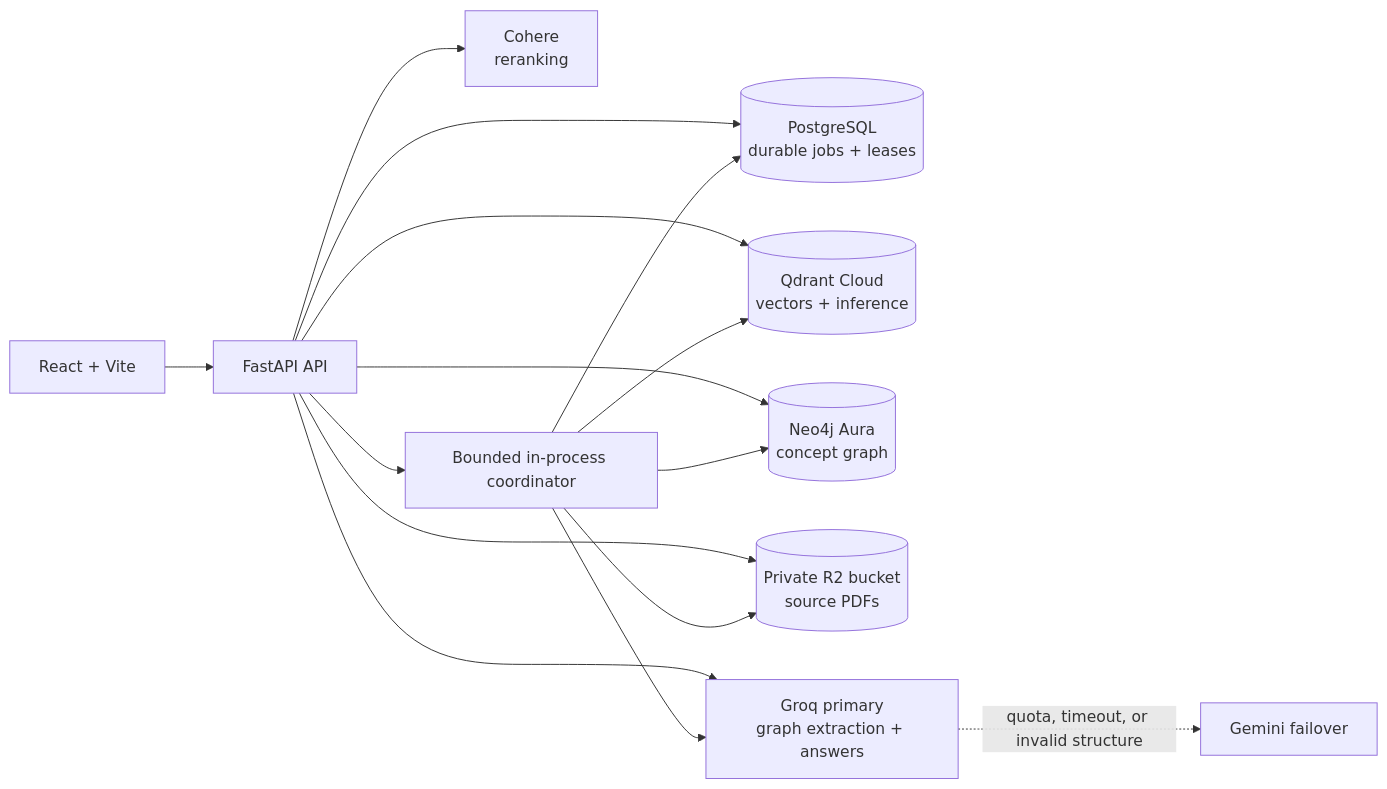
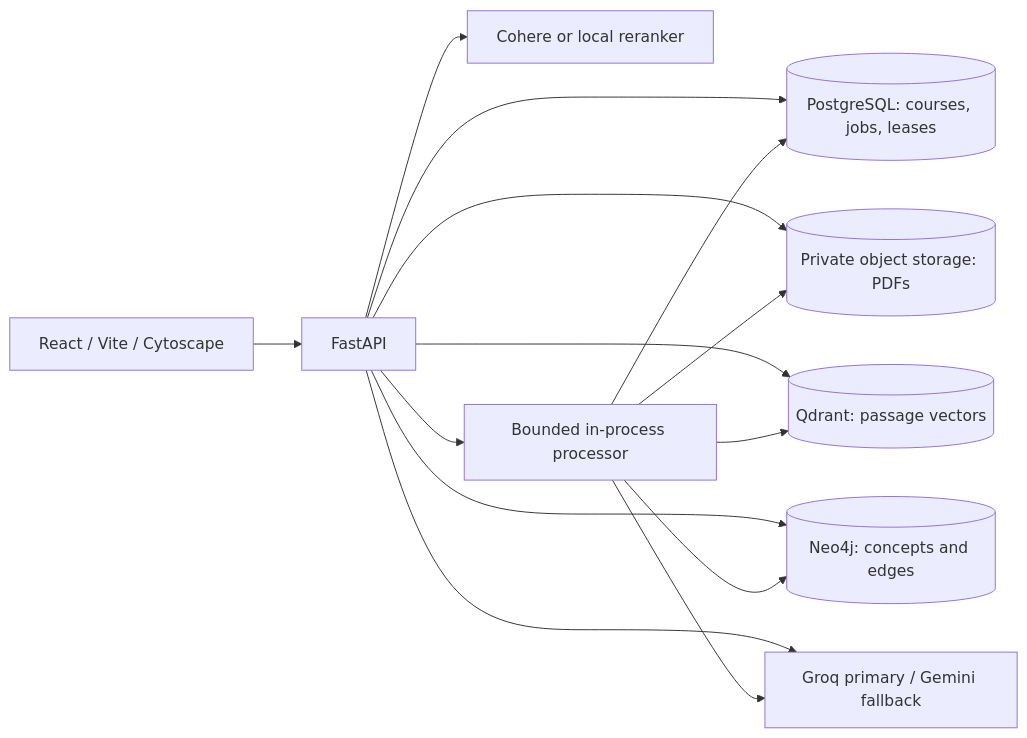
One commit to Ninjax26/conceptgraph-portfolio changed the diagram in README.md. Above: the diagram before and after it, drawn with Mermaid. The commit also changed other lines of this file, not shown here.

````diff
--- a/README.md
+++ b/README.md
@@ -51,17 +29,16 @@
-```mermaid
+~~~mermaid
 flowchart LR
-  UI[React + Vite] --> API[FastAPI API]
-  API --> PG[(PostgreSQL\ndurable jobs + leases)]
-  API --> Q[(Qdrant Cloud\nvectors + inference)]
-  API --> N[(Neo4j Aura\nconcept graph)]
-  API --> R2[(Private R2 bucket\nsource PDFs)]
-  API --> LLM[Groq primary\ngraph extraction + answers]
-  LLM -. quota, timeout, or invalid structure .-> CB[Gemini failover]
-  API --> RR[Cohere\nreranking]
-  API --> C[Bounded in-process coordinator]
-  C --> PG
-  C --> R2
-  C --> Q
-  C --> N
-  C --> LLM
-```
+  Browser[React / Vite / Cytoscape] --> API[FastAPI]
+  API --> PG[(PostgreSQL: courses, jobs, leases)]
+  API --> Store[(Private object storage: PDFs)]
+  API --> V[(Qdrant: passage vectors)]
+  API --> G[(Neo4j: concepts and edges)]
+  API --> Rank[Cohere or local reranker]
+  API --> AI[Groq primary / Gemini fallback]
+  API --> Worker[Bounded in-process processor]
+  Worker --> PG
+  Worker --> Store
+  Worker --> V
+  Worker --> G
+  Worker --> AI
+~~~
````
